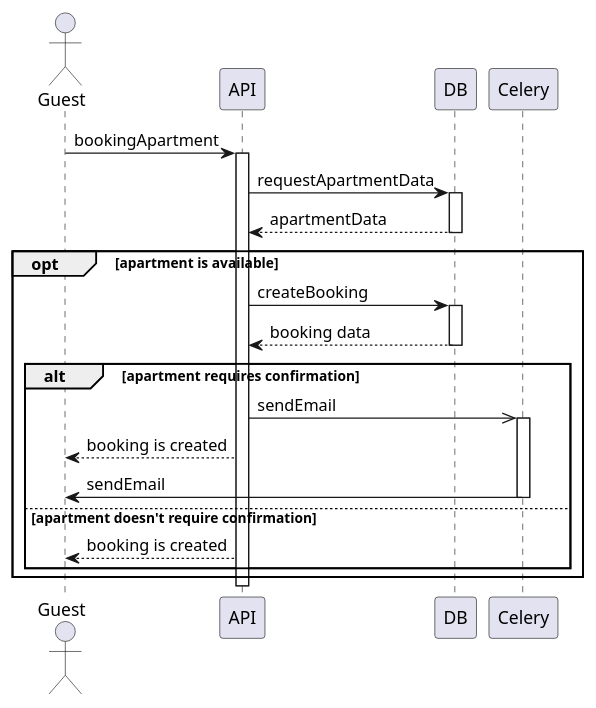
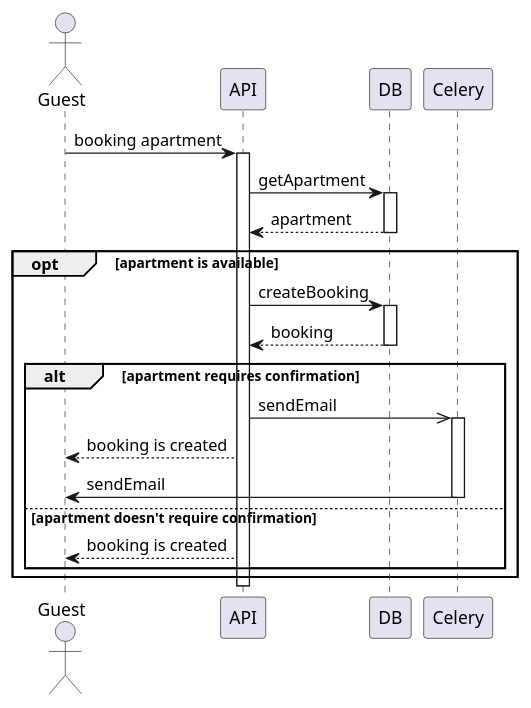
The diagram in lab3/sequence-2.md (opvlad/kpi-mavpz), drawn with PlantUML before and after one commit. The commit also changed 2 other files, not shown here.

Commit message:
fix: callss labels replaced with func name

````diff
--- a/lab3/sequence-2.md
+++ b/lab3/sequence-2.md
@@ -2,32 +2,32 @@
 ```plantuml
 @startuml
 
 actor Guest as guest
 
-guest -> API : bookingApartment
+guest -> API : booking apartment
 
 activate API
-API -> DB : requestApartmentData
+API -> DB : getApartment
 activate DB
-DB --> API : apartmentData
+DB --> API : apartment
 deactivate DB
 
 opt apartment is available
 API -> DB : createBooking
 activate DB 
-DB --> API : booking data 
+DB --> API : booking 
 deactivate DB
 alt apartment requires confirmation
 API ->> Celery : sendEmail
 activate Celery
 API --> guest : booking is created
 Celery -> guest : sendEmail
 deactivate Celery
 else apartment doesn't require confirmation
 API --> guest : booking is created
 end
 end
 deactivate API
 
 @enduml
 ```
````
